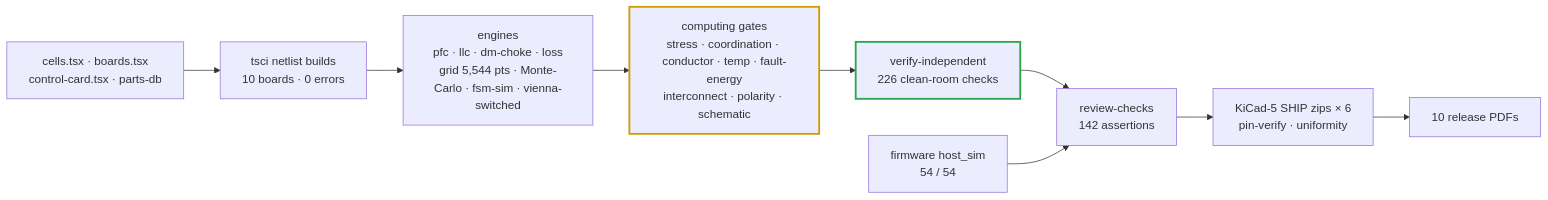
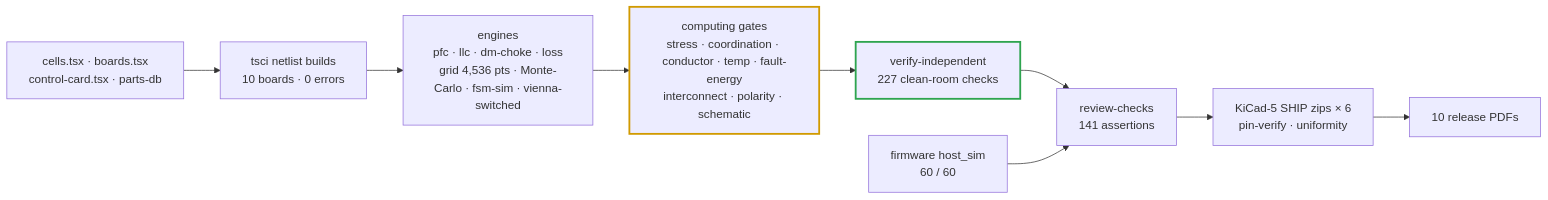
The diagram in docs/verification-matrix.md (vectivolt/DC-Modules), drawn with Mermaid before and after one commit. The commit also changed other lines of this file and 121 other files, not shown here.

````diff
--- a/docs/verification-matrix.md
+++ b/docs/verification-matrix.md
@@ -40,13 +40,13 @@
 ```mermaid
 flowchart LR
   SRC["cells.tsx · boards.tsx<br/>control-card.tsx · parts-db"] --> BUILD["tsci netlist builds<br/>10 boards · 0 errors"]
-  BUILD --> ENG["engines<br/>pfc · llc · dm-choke · loss<br/>grid 5,544 pts · Monte-Carlo · fsm-sim · vienna-switched"]
+  BUILD --> ENG["engines<br/>pfc · llc · dm-choke · loss<br/>grid 4,536 pts · Monte-Carlo · fsm-sim · vienna-switched"]
   ENG --> GATES["computing gates<br/>stress · coordination · conductor · temp · fault-energy<br/>interconnect · polarity · schematic"]
-  GATES --> IND["verify-independent<br/>226 clean-room checks"]
-  IND --> REV["review-checks<br/>142 assertions"]
+  GATES --> IND["verify-independent<br/>227 clean-room checks"]
+  IND --> REV["review-checks<br/>141 assertions"]
   REV --> SHIP["KiCad-5 SHIP zips × 6<br/>pin-verify · uniformity"]
   SHIP --> PDF["10 release PDFs"]
-  FW["firmware host_sim<br/>54 / 54"] --> REV
+  FW["firmware host_sim<br/>60 / 60"] --> REV
   style GATES stroke:#d19a00,stroke-width:2.5px
   style IND stroke:#2ea44f,stroke-width:2.5px
 ```
````
